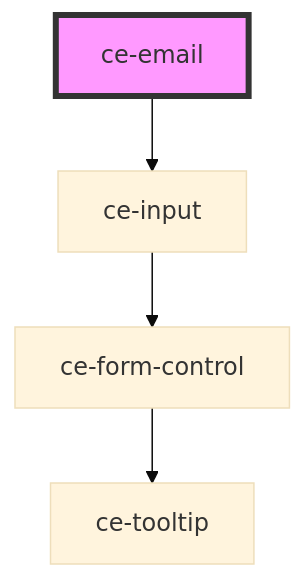
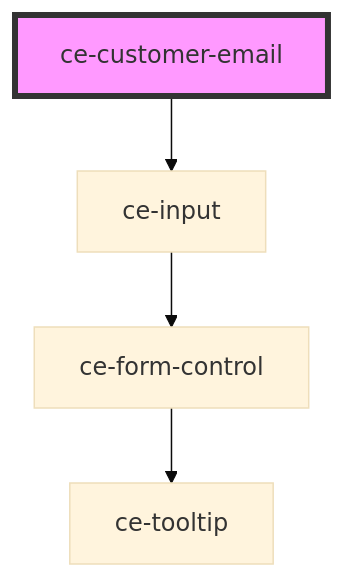
One commit to surecart/surecart-wp-plugin changed the diagram in packages/components/src/components/controllers/customer-email/readme.md. Above: the diagram before and after it, drawn with Mermaid (base theme). The commit also changed other lines of this file and 61 other files, not shown here.

````diff
--- a/packages/components/src/components/controllers/customer-email/readme.md
+++ b/packages/components/src/components/controllers/customer-email/readme.md
@@ -48,7 +48,7 @@
 ```mermaid
 graph TD;
-  ce-email --> ce-input
+  ce-customer-email --> ce-input
   ce-input --> ce-form-control
   ce-form-control --> ce-tooltip
-  style ce-email fill:#f9f,stroke:#333,stroke-width:4px
+  style ce-customer-email fill:#f9f,stroke:#333,stroke-width:4px
 ```
````
